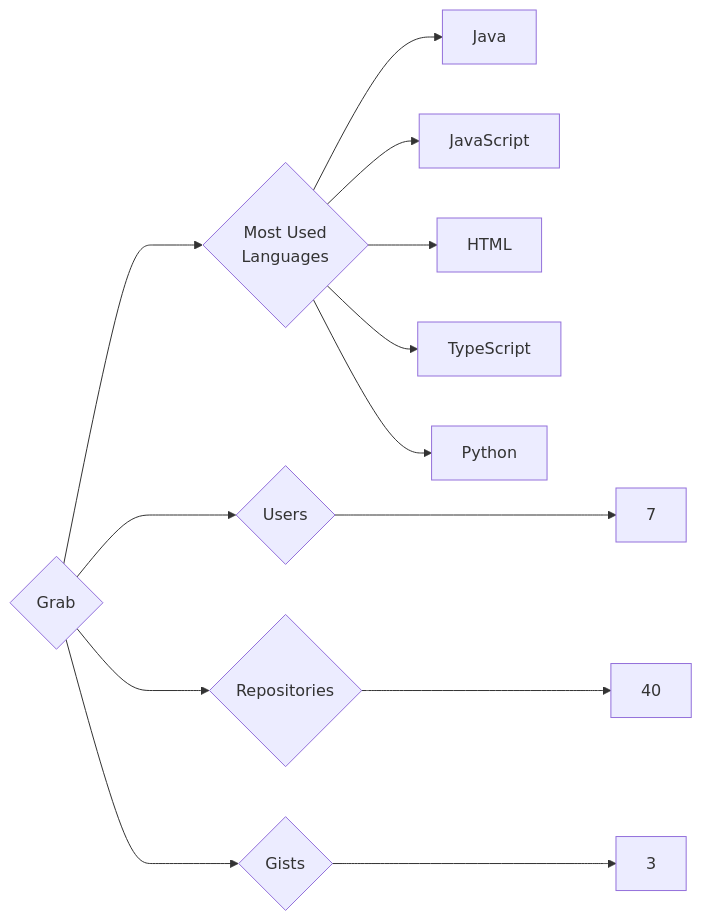
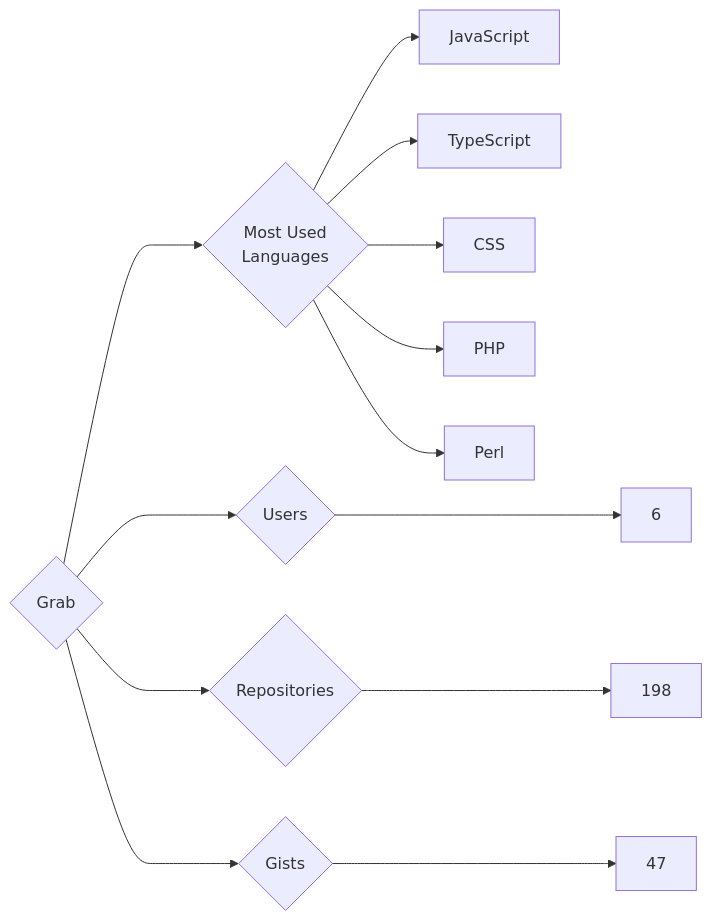
One commit to trickest/insiders changed the diagram in targets/Grab/README.md. Above: the diagram before and after it, drawn with Mermaid. The commit also changed 840 other files, not shown here.

````diff
--- a/targets/Grab/README.md
+++ b/targets/Grab/README.md
@@ -3,13 +3,13 @@
 ```mermaid
 graph LR
 COMPANY_NAME{Grab}
-COMPANY_NAME ---> U{Users} ---> UN[7]
-COMPANY_NAME ---> R{Repositories} ---> RN[40]
-COMPANY_NAME ---> G{Gists} ---> GN[3]
+COMPANY_NAME ---> U{Users} ---> UN[6]
+COMPANY_NAME ---> R{Repositories} ---> RN[198]
+COMPANY_NAME ---> G{Gists} ---> GN[47]
 COMPANY_NAME ---> ML{Most Used<br>Languages}
-ML --> Java[Java]
 ML --> JavaScript[JavaScript]
-ML --> HTML[HTML]
 ML --> TypeScript[TypeScript]
-ML --> Python[Python]
+ML --> CSS[CSS]
+ML --> PHP[PHP]
+ML --> Perl[Perl]
 ```
````
